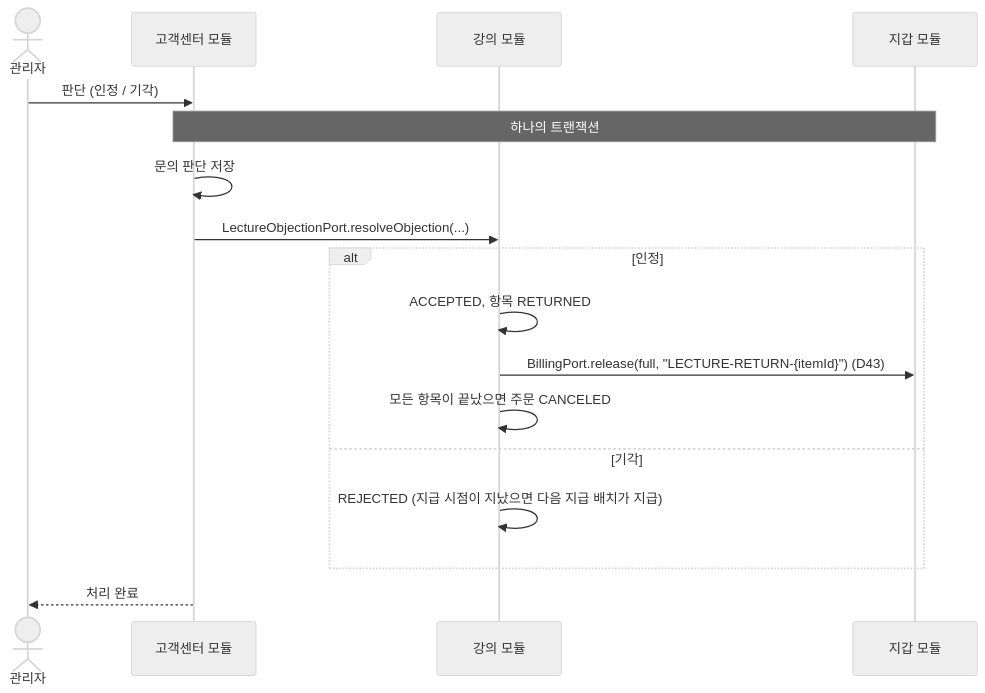
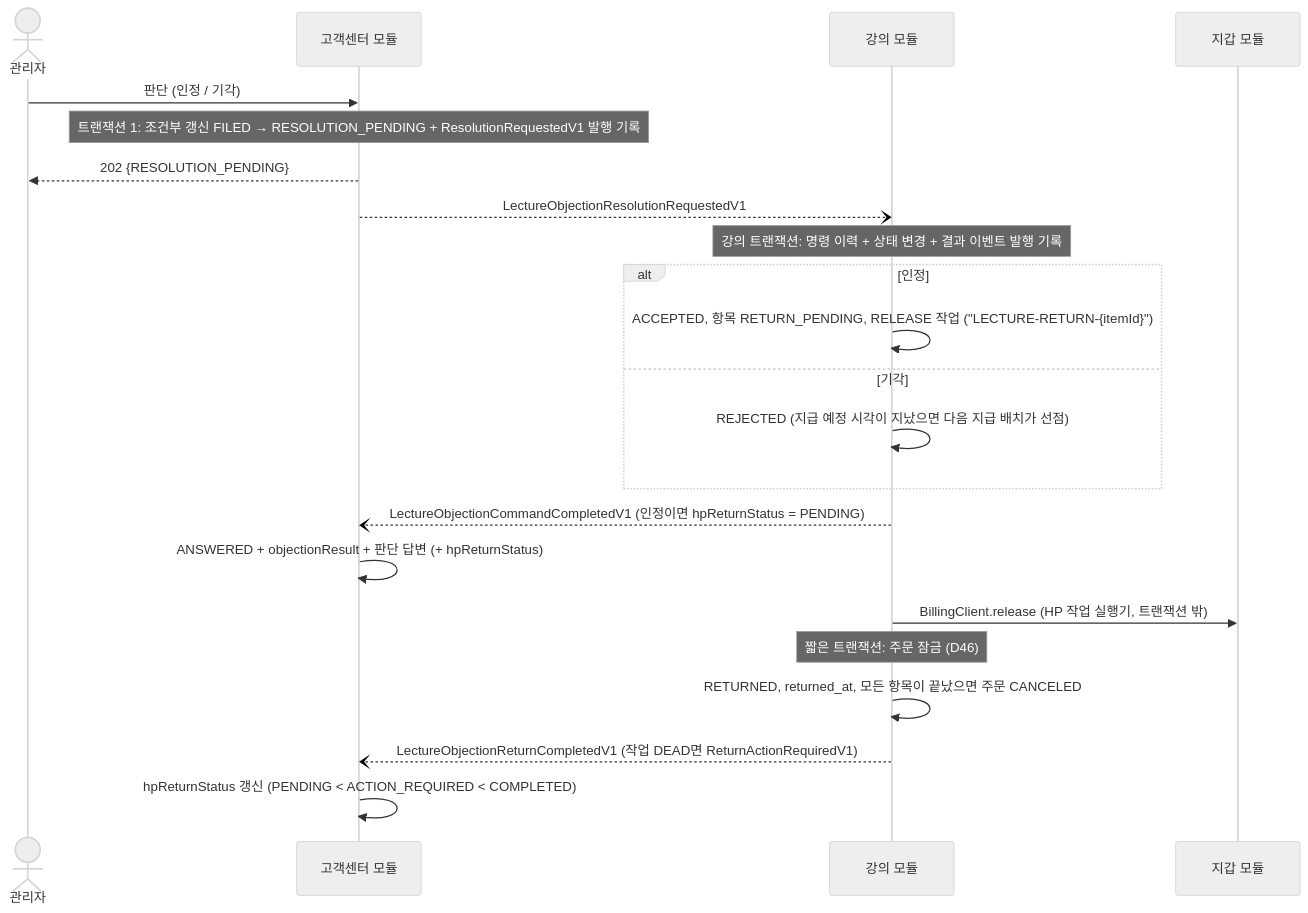
One commit to prgrms-be-adv-devcourse/beadv8_8_LMS_BE changed the ninth of 9 diagrams in docs/design/lecture-module.md. Above: the diagram before and after it, drawn with Mermaid (neutral theme). The commit also changed other lines of this file, not shown here.

First line of the commit message:
Docs: 모듈 간 트랜잭션 제거와 계약 경계 재설계 (#246)

````diff
--- a/docs/design/lecture-module.md
+++ b/docs/design/lecture-module.md
@@ -518,19 +643,24 @@
 ```mermaid
 sequenceDiagram
     actor A as 관리자
     participant CS as 고객센터 모듈
     participant LEC as 강의 모듈
     participant WAL as 지갑 모듈
     A->>CS: 판단 (인정 / 기각)
-    Note over CS,WAL: 하나의 트랜잭션
-    CS->>CS: 문의 판단 저장
-    CS->>LEC: LectureObjectionPort.resolveObjection(...)
+    Note over CS: 트랜잭션 1: 조건부 갱신 FILED → RESOLUTION_PENDING + ResolutionRequestedV1 발행 기록
+    CS-->>A: 202 {RESOLUTION_PENDING}
+    CS--)LEC: LectureObjectionResolutionRequestedV1
+    Note over LEC: 강의 트랜잭션: 명령 이력 + 상태 변경 + 결과 이벤트 발행 기록
     alt 인정
-        LEC->>LEC: ACCEPTED, 항목 RETURNED
-        LEC->>WAL: BillingPort.release(full, "LECTURE-RETURN-{itemId}") (D43)
-        LEC->>LEC: 모든 항목이 끝났으면 주문 CANCELED
+        LEC->>LEC: ACCEPTED, 항목 RETURN_PENDING, RELEASE 작업 ("LECTURE-RETURN-{itemId}")
     else 기각
-        LEC->>LEC: REJECTED (지급 시점이 지났으면 다음 지급 배치가 지급)
+        LEC->>LEC: REJECTED (지급 예정 시각이 지났으면 다음 지급 배치가 선점)
     end
-    CS-->>A: 처리 완료
+    LEC--)CS: LectureObjectionCommandCompletedV1 (인정이면 hpReturnStatus = PENDING)
+    CS->>CS: ANSWERED + objectionResult + 판단 답변 (+ hpReturnStatus)
+    LEC->>WAL: BillingClient.release (HP 작업 실행기, 트랜잭션 밖)
+    Note over LEC: 짧은 트랜잭션: 주문 잠금 (D46)
+    LEC->>LEC: RETURNED, returned_at, 모든 항목이 끝났으면 주문 CANCELED
+    LEC--)CS: LectureObjectionReturnCompletedV1 (작업 DEAD면 ReturnActionRequiredV1)
+    CS->>CS: hpReturnStatus 갱신 (PENDING < ACTION_REQUIRED < COMPLETED)
 ```
````
